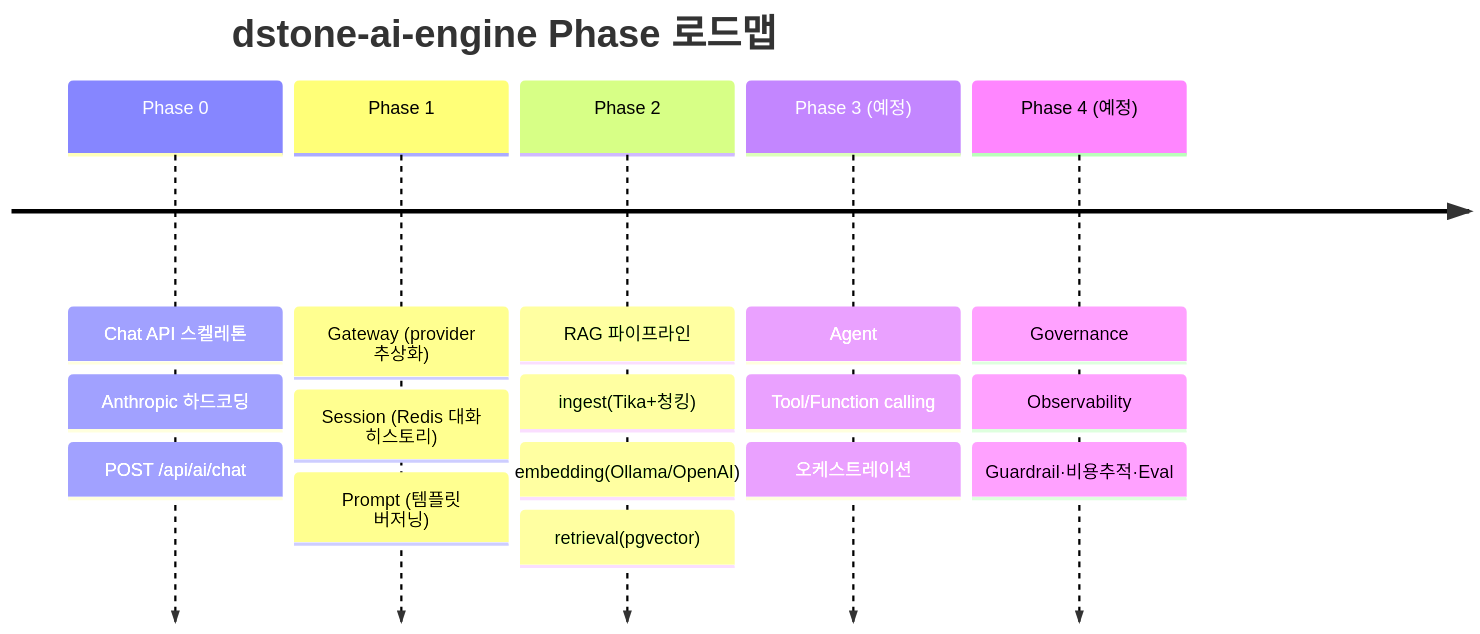
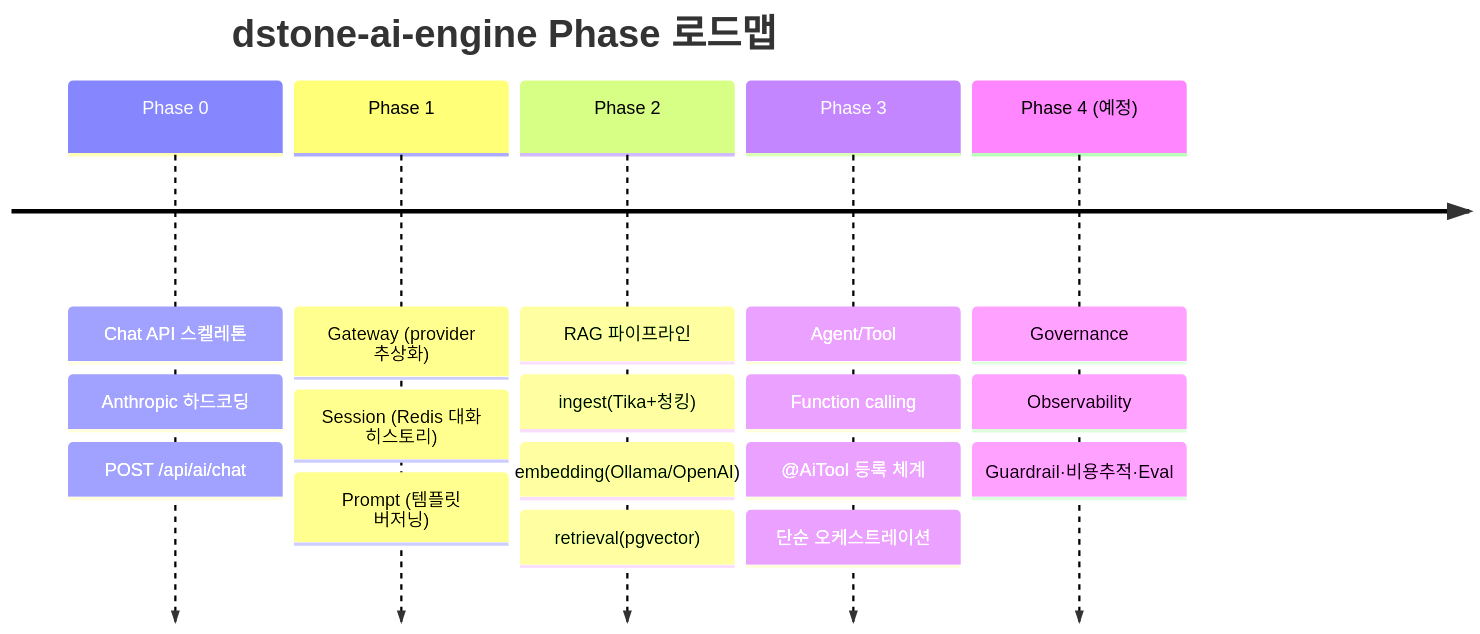
One commit to YongSoekChoeng/dstone changed the first of 8 diagrams in docs/dstone-ai-engine.md. Above: the diagram before and after it, drawn with Mermaid. The commit also changed other lines of this file and 13 other files, not shown here.

````diff
--- a/docs/dstone-ai-engine.md
+++ b/docs/dstone-ai-engine.md
@@ -100,9 +112,9 @@
 ```mermaid
 timeline
     title dstone-ai-engine Phase 로드맵
     Phase 0 : Chat API 스켈레톤 : Anthropic 하드코딩 : POST /api/ai/chat
     Phase 1 : Gateway (provider 추상화) : Session (Redis 대화 히스토리) : Prompt (템플릿 버저닝)
     Phase 2 : RAG 파이프라인 : ingest(Tika+청킹) : embedding(Ollama/OpenAI) : retrieval(pgvector)
-    Phase 3 (예정) : Agent : Tool/Function calling : 오케스트레이션
+    Phase 3 : Agent/Tool : Function calling : @AiTool 등록 체계 : 단순 오케스트레이션
     Phase 4 (예정) : Governance : Observability : Guardrail·비용추적·Eval
 ```
````
